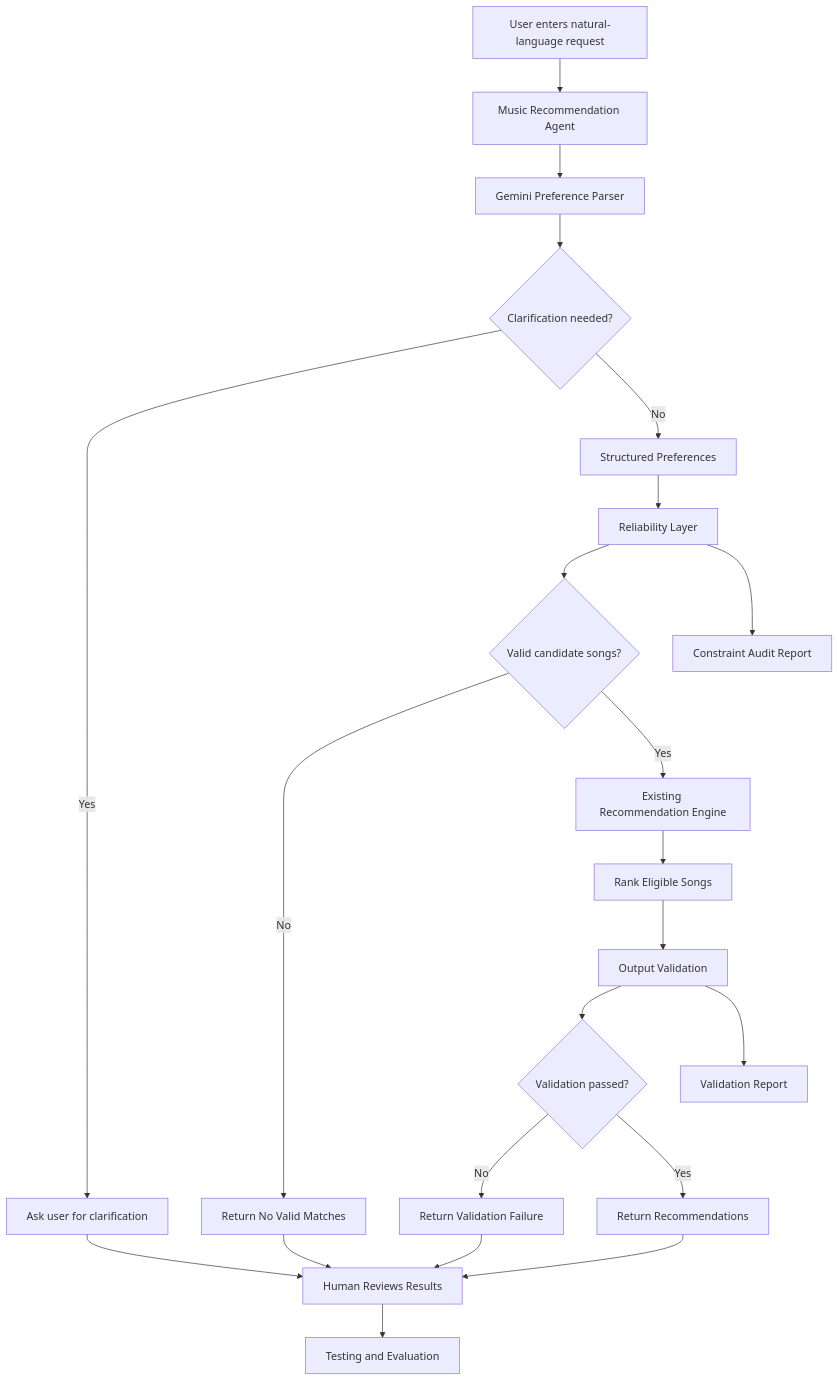
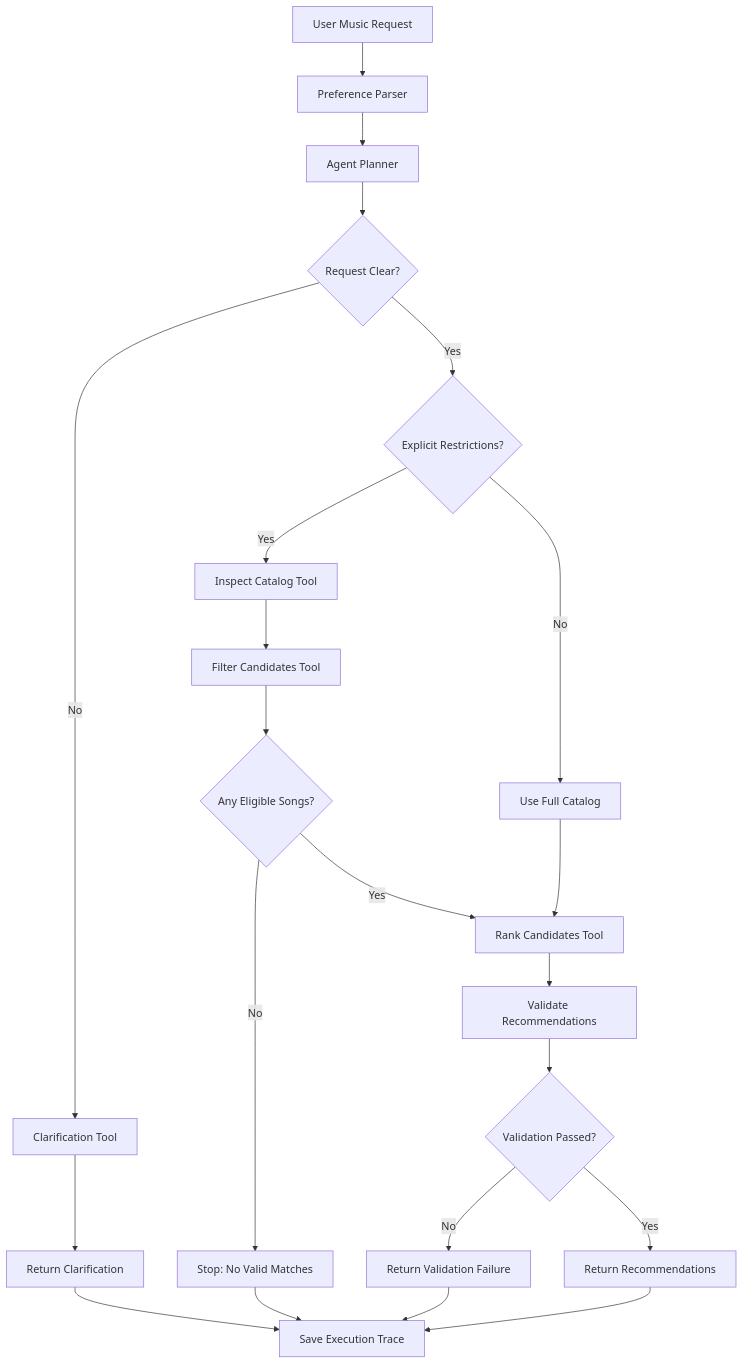
The diagram in diagrams/architecture.mmd (nayem-xy/applied-ai-system-project), drawn with Mermaid before and after one commit. The commit also changed 10 other files, not shown here.

```diff
--- a/diagrams/architecture.mmd
+++ b/diagrams/architecture.mmd
@@ -1,31 +1,31 @@
 
 flowchart TD
-    A["User enters natural-language request"] --> B["Music Recommendation Agent"]
-    B --> C["Gemini Preference Parser"]
-    C --> D{"Clarification needed?"}
+    A["User Music Request"] --> B["Preference Parser"]
+    B --> C["Agent Planner"]
 
-    D -->|Yes| E["Ask user for clarification"]
-    D -->|No| F["Structured Preferences"]
+    C --> D{"Request Clear?"}
 
-    F --> G["Reliability Layer"]
-    G --> H{"Valid candidate songs?"}
+    D -->|No| E["Clarification Tool"]
+    E --> F["Return Clarification"]
 
-    H -->|No| I["Return No Valid Matches"]
-    H -->|Yes| J["Existing Recommendation Engine"]
+    D -->|Yes| G{"Explicit Restrictions?"}
 
-    J --> K["Rank Eligible Songs"]
-    K --> L["Output Validation"]
+    G -->|Yes| H["Inspect Catalog Tool"]
+    H --> I["Filter Candidates Tool"]
+    G -->|No| J["Use Full Catalog"]
 
-    L --> M{"Validation passed?"}
-    M -->|No| N["Return Validation Failure"]
-    M -->|Yes| O["Return Recommendations"]
+    I --> K{"Any Eligible Songs?"}
+    K -->|No| L["Stop: No Valid Matches"]
+    K -->|Yes| M["Rank Candidates Tool"]
+    J --> M
 
-    G --> P["Constraint Audit Report"]
-    L --> Q["Validation Report"]
+    M --> N["Validate Recommendations"]
+    N --> O{"Validation Passed?"}
 
-    O --> R["Human Reviews Results"]
-    I --> R
-    E --> R
-    N --> R
+    O -->|No| P["Return Validation Failure"]
+    O -->|Yes| Q["Return Recommendations"]
 
-    R --> S["Testing and Evaluation"]
+    F --> R["Save Execution Trace"]
+    L --> R
+    P --> R
+    Q --> R
```
